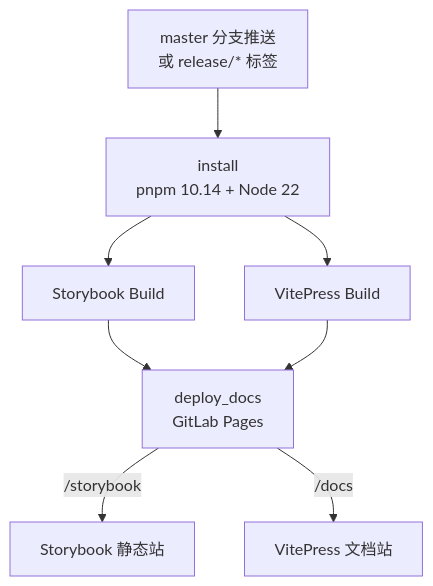
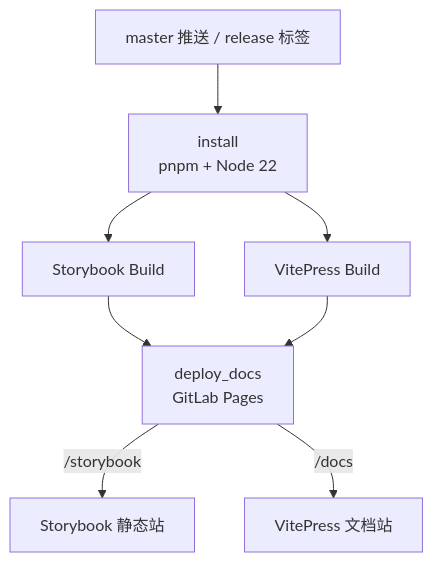
One commit to sunweijieMJ/aix changed diagram 16 of 18 in docs/guide/architecture.md. Above: the diagram before and after it, drawn with Mermaid. The commit also changed other lines of this file and 3 other files, not shown here.

First line of the commit message:
docs: 完善架构设计文档，优化 Mermaid 图表

````diff
--- a/docs/guide/architecture.md
+++ b/docs/guide/architecture.md
@@ -455,17 +748,17 @@
 ```mermaid
-graph TD
-    trigger["master 分支推送<br/>或 release/* 标签"]
-    install["install<br/>pnpm 10.14 + Node 22"]
+flowchart TD
+    trigger["master 推送 / release 标签"]
+    install["install<br/>pnpm + Node 22"]
     storybook["Storybook Build"]
     vitepress["VitePress Build"]
     deploy["deploy_docs<br/>GitLab Pages"]
 
     trigger --> install
     install --> storybook
     install --> vitepress
     storybook --> deploy
     vitepress --> deploy
 
-    deploy -->|"/storybook"| sb_out["Storybook 静态站"]
-    deploy -->|"/docs"| vp_out["VitePress 文档站"]
+    deploy -->|/storybook| sb_out["Storybook 静态站"]
+    deploy -->|/docs| vp_out["VitePress 文档站"]
 ```
````
